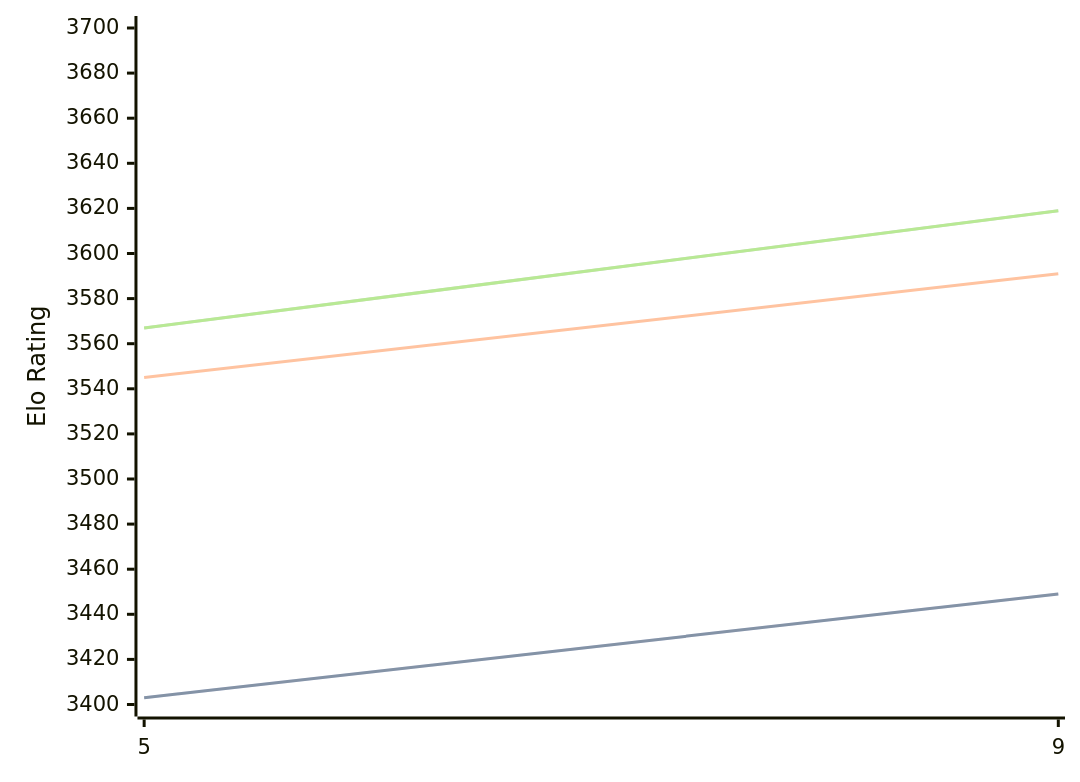
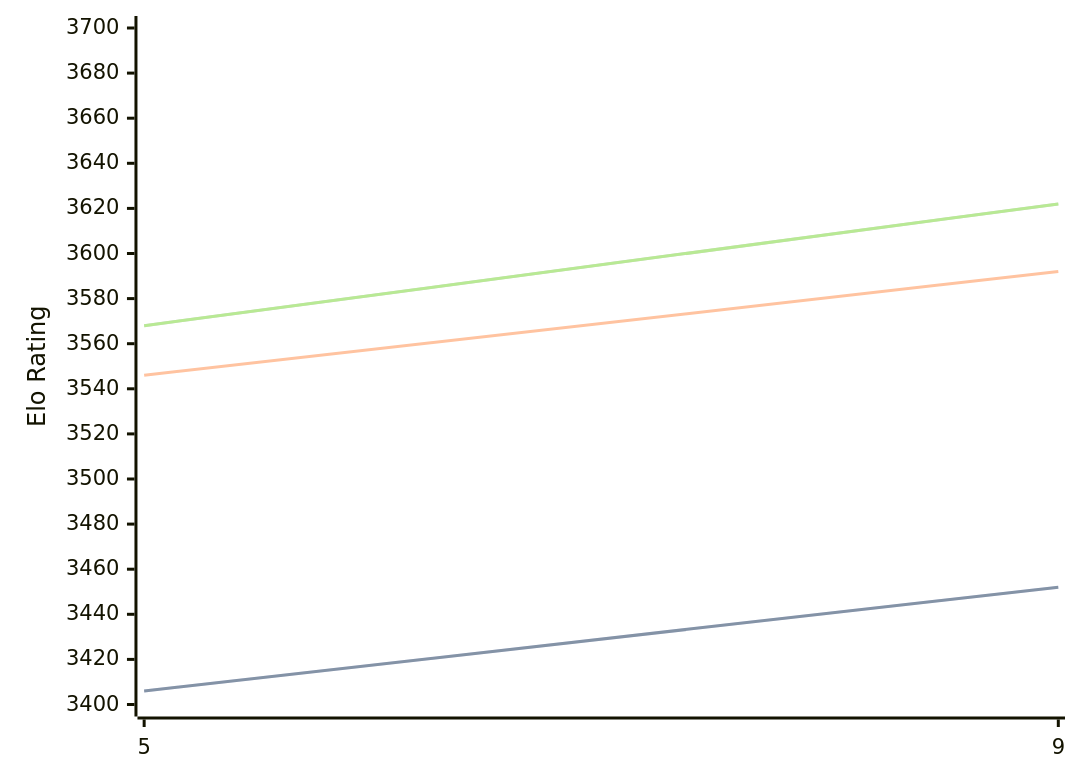
One commit to computer-chess-index/cci changed the diagram in engines/Crystal.md. Above: the diagram before and after it, drawn with Mermaid. The commit also changed other lines of this file, not shown here.

Commit message:
Update CCI Ratings (ELO VLTC) - 2026-04-11

````diff
--- a/engines/Crystal.md
+++ b/engines/Crystal.md
@@ -60,11 +60,11 @@
 ```mermaid
 %%{init: {"theme":"base","themeVariables":{"seriesColors:['#a3a3a3','#222221','#faa371']}}}%%
 xychart-beta
   x-axis ["5", "9"]
   y-axis "Elo Rating" 3400 --> 3700
-  line "STC (8.0+0.08s)" [3403, 3449]
-  line "STC (8.0+0.08s)" [3403, 3449]
-  line "LTC (60.0+0.60s)" [3545, 3591]
-  line "VLTC (2m24s+1.12s)" [3567, 3619]
-  line "VLTC (2m24s+1.12s)" [3567, 3619]
+  line "STC (8.0+0.08s)" [3406, 3452]
+  line "STC (8.0+0.08s)" [3406, 3452]
+  line "LTC (60.0+0.60s)" [3546, 3592]
+  line "VLTC (2m24s+1.12s)" [3568, 3622]
+  line "VLTC (2m24s+1.12s)" [3568, 3622]
 ```
````
